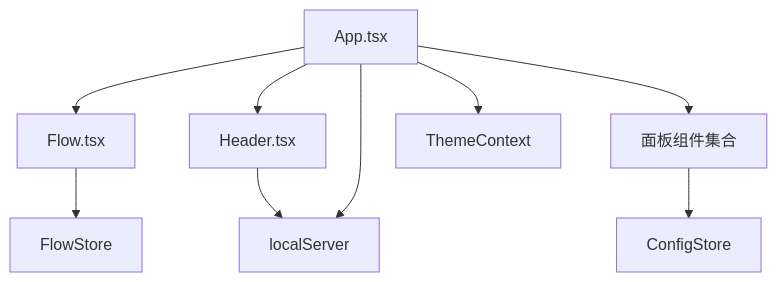
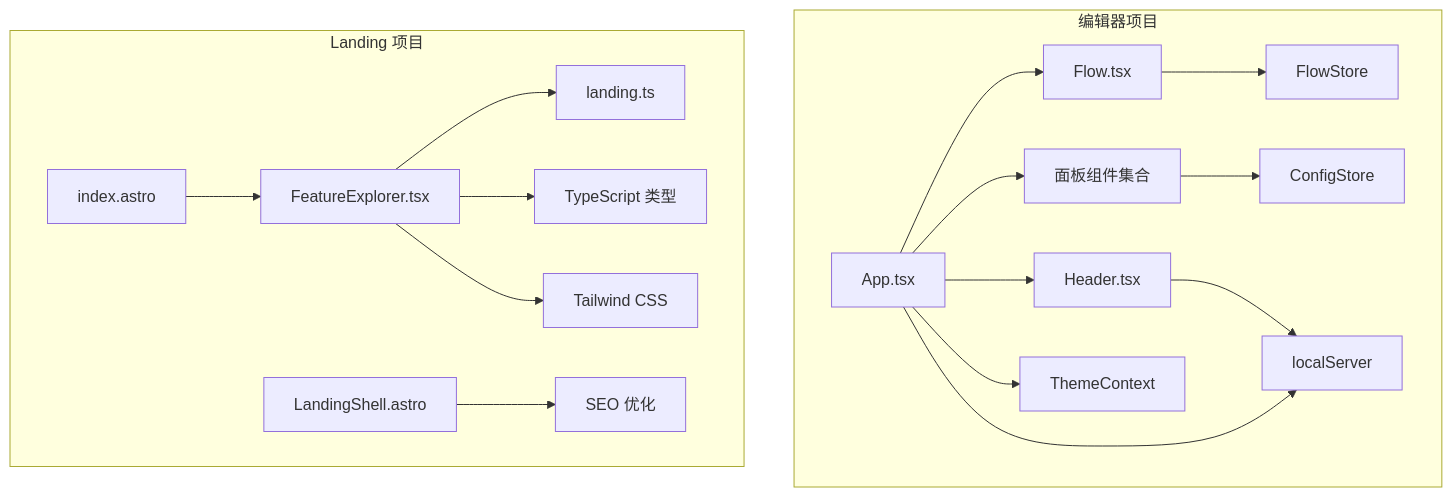
Before and after one commit to kqcoxn/MaaPipelineEditor: the ninth of 9 diagrams in .qoder/repowiki/zh/content/开发者指南/代码结构说明/前端架构设计/组件系统架构.md, drawn with Mermaid. The commit also changed other lines of this file and 8 other files, not shown here.

````diff
--- a/.qoder/repowiki/zh/content/开发者指南/代码结构说明/前端架构设计/组件系统架构.md
+++ b/.qoder/repowiki/zh/content/开发者指南/代码结构说明/前端架构设计/组件系统架构.md
@@ -362,11 +496,20 @@
 ```mermaid
 graph TB
+subgraph "编辑器项目"
 App["App.tsx"] --> Flow["Flow.tsx"]
 App --> Header["Header.tsx"]
 App --> Panels["面板组件集合"]
 Flow --> FlowStore["FlowStore"]
 Panels --> ConfigStore["ConfigStore"]
 Header --> WS["localServer"]
 App --> WS
 App --> Theme["ThemeContext"]
+end
+subgraph "Landing 项目"
+FeatureExplorer["FeatureExplorer.tsx"] --> Content["landing.ts"]
+FeatureExplorer --> Types["TypeScript 类型"]
+FeatureExplorer --> CSS["Tailwind CSS"]
+IndexPage["index.astro"] --> FeatureExplorer
+LandingShell["LandingShell.astro"] --> SEO["SEO 优化"]
+end
 ```
````
